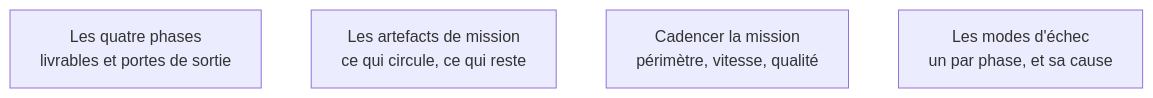
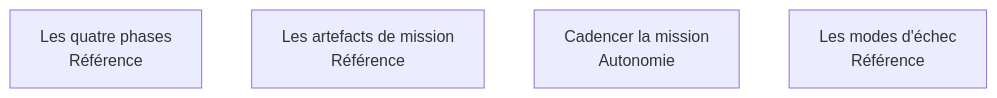
The diagram in content/parcours/forward-deployed-engineer/cycle-mission/index.md (floSa/Atlas-Metiers-Roadmaps), drawn with Mermaid before and after one commit. The commit also changed 4 other files, not shown here.

Commit message:
Cycle de mission : niveau de seniorite sur la page d'aiguillage et ses quatre feuilles

````diff
--- a/content/parcours/forward-deployed-engineer/cycle-mission/index.md
+++ b/content/parcours/forward-deployed-engineer/cycle-mission/index.md
@@ -11,12 +11,12 @@
 ```mermaid
 flowchart TD
-  P["Les quatre phases<br/>livrables et portes de sortie"]
-  A["Les artefacts de mission<br/>ce qui circule, ce qui reste"]
-  C["Cadencer la mission<br/>périmètre, vitesse, qualité"]
-  E["Les modes d'échec<br/>un par phase, et sa cause"]
+  P["Les quatre phases<br/>Référence"]
+  A["Les artefacts de mission<br/>Référence"]
+  C["Cadencer la mission<br/>Autonomie"]
+  E["Les modes d'échec<br/>Référence"]
 
   click P "/parcours/forward-deployed-engineer/cycle-mission/les-quatre-phases"
   click A "/parcours/forward-deployed-engineer/cycle-mission/les-artefacts-de-mission"
   click C "/parcours/forward-deployed-engineer/cycle-mission/cadencer-la-mission"
   click E "/parcours/forward-deployed-engineer/cycle-mission/les-modes-d-echec"
 ```
````
